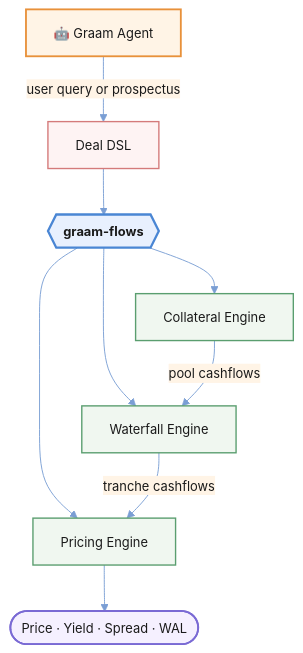
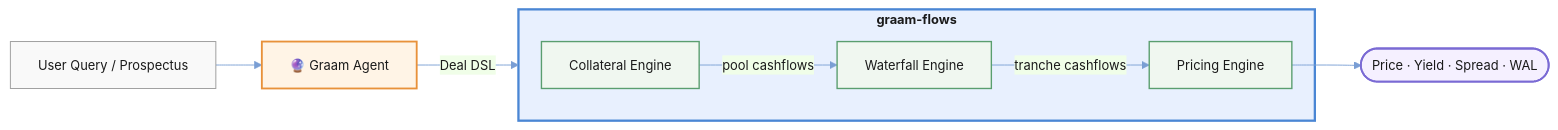
One commit to GraamOrg/graam-flows changed the diagram in README.md. Above: the diagram before and after it, drawn with Mermaid. The commit also changed 1 other file, not shown here.

Commit message:
Revise README diagram and update logo
Refactor the Mermaid diagram in README.md: switch layout from top-down to left-right, add a clear Input node, group engines into a "graam-flows" subgraph, relabel nodes for clarity, and adjust class definitions/colors; also remove a couple of unused color/class entries. Replace the graam-logo.png asset with an updated binary version.

````diff
--- a/README.md
+++ b/README.md
@@ -33,26 +33,26 @@
 ```mermaid
 %%{init: {'theme': 'base', 'themeVariables': {
   'primaryColor': '#e8f0fe',
   'primaryBorderColor': '#4a86d4',
   'primaryTextColor': '#1a1a1a',
   'lineColor': '#7a9ed4',
-  'secondaryColor': '#fff4e6',
-  'tertiaryColor': '#f0f7f0',
   'fontSize': '14px'
 }}}%%
-graph TD
-    A["🤖 Graam Agent"]:::agent -->|"user query or prospectus"| B["Deal DSL"]:::dsl
-    B --> C{{"graam-flows"}}:::engine
-    C --> D["Collateral Engine"]:::core
-    C --> E["Waterfall Engine"]:::core
-    C --> F["Pricing Engine"]:::core
-    D -->|"pool cashflows"| E
-    E -->|"tranche cashflows"| F
-    F --> G(["Price · Yield · Spread · WAL"]):::output
+graph LR
+    Input["User Query / Prospectus"]:::input --> Agent["🔮 Graam Agent"]:::agent
+    Agent -->|"Deal DSL"| GF
 
+    subgraph GF["graam-flows"]
+        D["Collateral Engine"]:::core -->|"pool cashflows"| E["Waterfall Engine"]:::core
+        E -->|"tranche cashflows"| F["Pricing Engine"]:::core
+    end
+    GF:::engine
+
+    F --> Output(["Price · Yield · Spread · WAL"]):::output
+
+    classDef input fill:#f9f9f9,stroke:#999,stroke-width:1px,color:#1a1a1a
     classDef agent fill:#fff4e6,stroke:#e8913a,stroke-width:2px,color:#1a1a1a
-    classDef dsl fill:#fef3f3,stroke:#d47a7a,stroke-width:1.5px,color:#1a1a1a
     classDef engine fill:#e8f0fe,stroke:#4a86d4,stroke-width:2.5px,color:#1a1a1a,font-weight:bold
     classDef core fill:#f0f7f0,stroke:#5a9e6f,stroke-width:1.5px,color:#1a1a1a
     classDef output fill:#f5f0ff,stroke:#7a6ad4,stroke-width:2px,color:#1a1a1a
 ```
````
